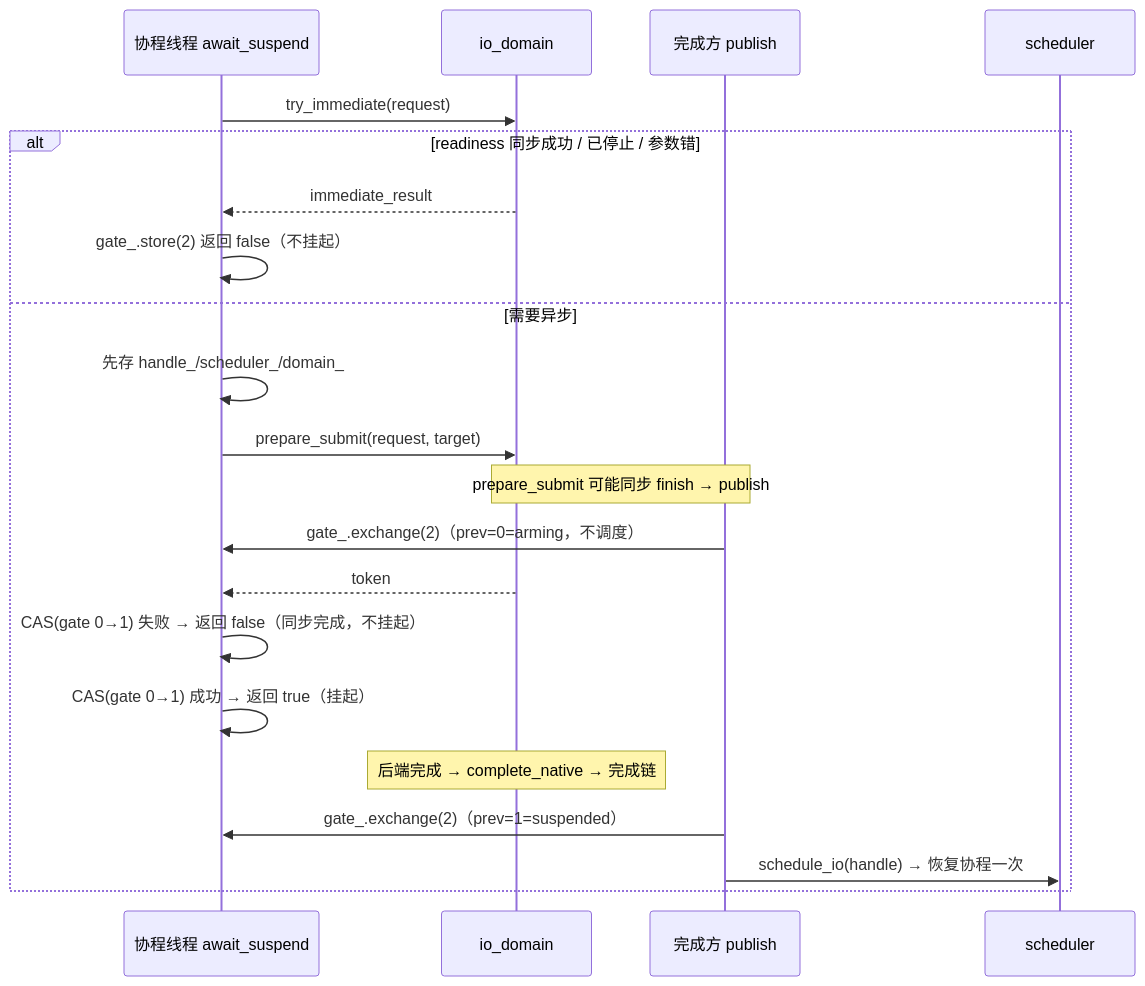
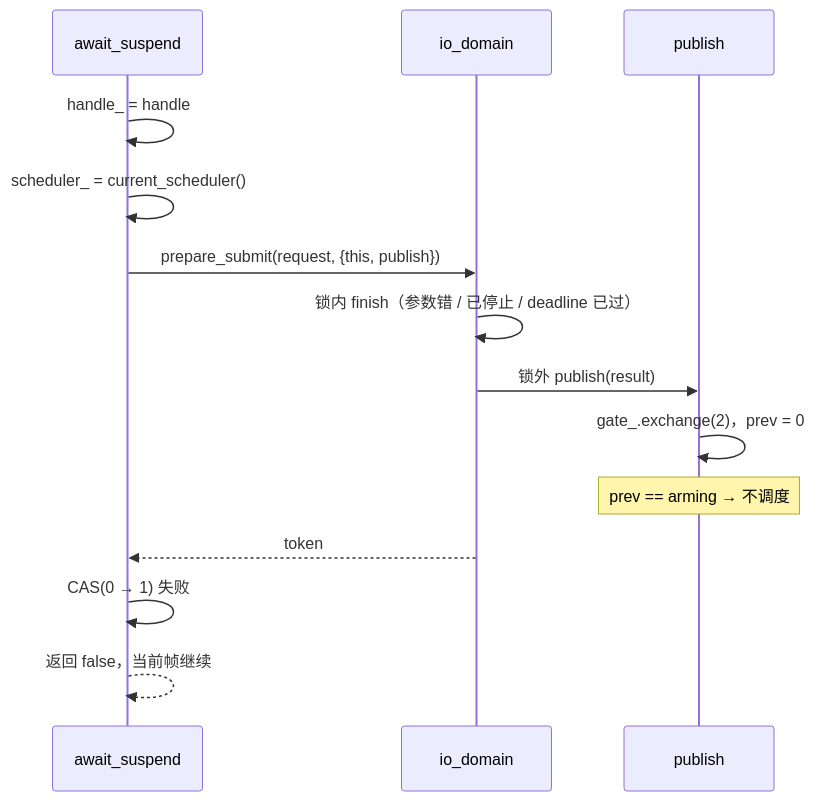
The eighth of 19 diagrams in docs/异步IO.md (superlxh02/faio), drawn with Mermaid before and after one commit. The commit also changed other lines of this file and 364 other files, not shown here.

````diff
--- a/docs/异步IO.md
+++ b/docs/异步IO.md
@@ -768,23 +1555,16 @@
 ```mermaid
 sequenceDiagram
-    participant C as 协程线程 await_suspend
+    participant S as await_suspend
     participant D as io_domain
-    participant P as 完成方 publish
-    participant S as scheduler
-    C->>D: try_immediate(request)
-    alt readiness 同步成功 / 已停止 / 参数错
-        D-->>C: immediate_result
-        C->>C: gate_.store(2) 返回 false（不挂起）
-    else 需要异步
-        C->>C: 先存 handle_/scheduler_/domain_
-        C->>D: prepare_submit(request, target)
-        Note over D,P: prepare_submit 可能同步 finish → publish
-        P->>C: gate_.exchange(2)（prev=0=arming，不调度）
-        D-->>C: token
-        C->>C: CAS(gate 0→1) 失败 → 返回 false（同步完成，不挂起）
-        C->>C: CAS(gate 0→1) 成功 → 返回 true（挂起）
-        Note over D: 后端完成 → complete_native → 完成链
-        P->>C: gate_.exchange(2)（prev=1=suspended）
-        P->>S: schedule_io(handle) → 恢复协程一次
-    end
+    participant P as publish
+    S->>S: handle_ = handle
+    S->>S: scheduler_ = current_scheduler()
+    S->>D: prepare_submit(request, {this, publish})
+    D->>D: 锁内 finish（参数错 / 已停止 / deadline 已过）
+    D->>P: 锁外 publish(result)
+    P->>P: gate_.exchange(2)，prev = 0
+    Note over P: prev == arming → 不调度
+    D-->>S: token
+    S->>S: CAS(0 → 1) 失败
+    S-->>S: 返回 false，当前帧继续
 ```
````
